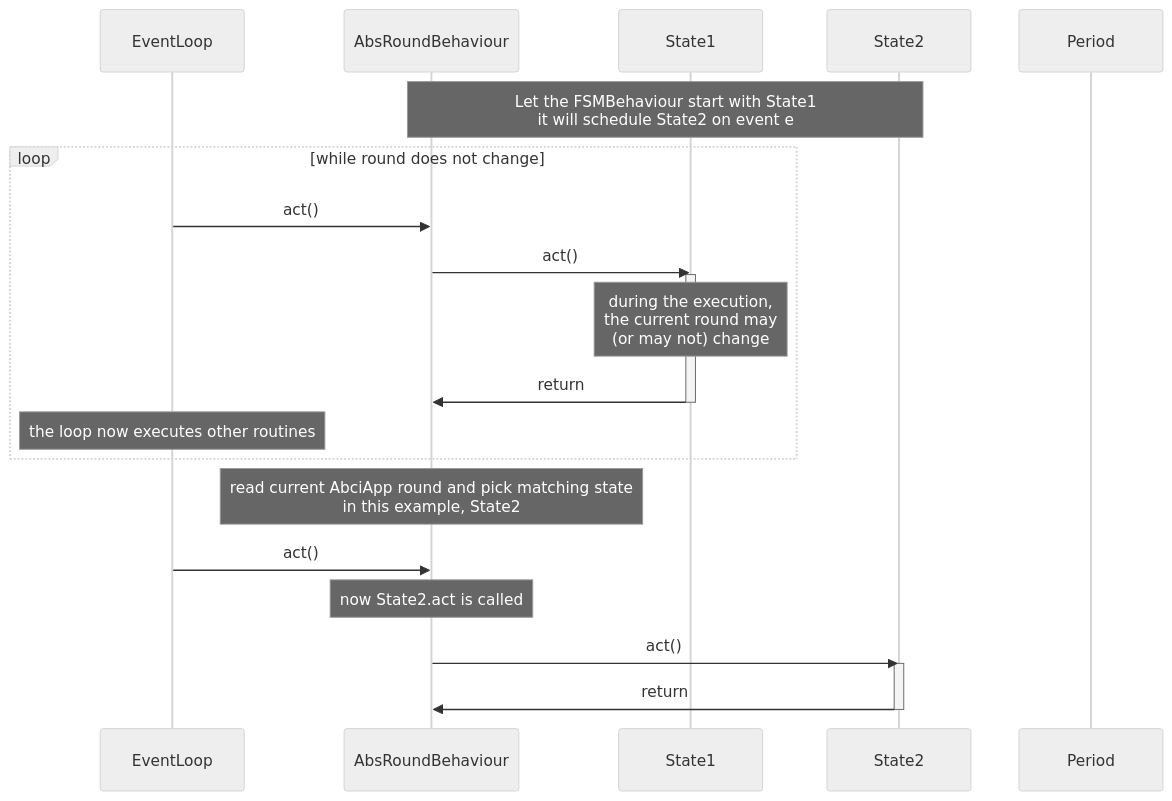
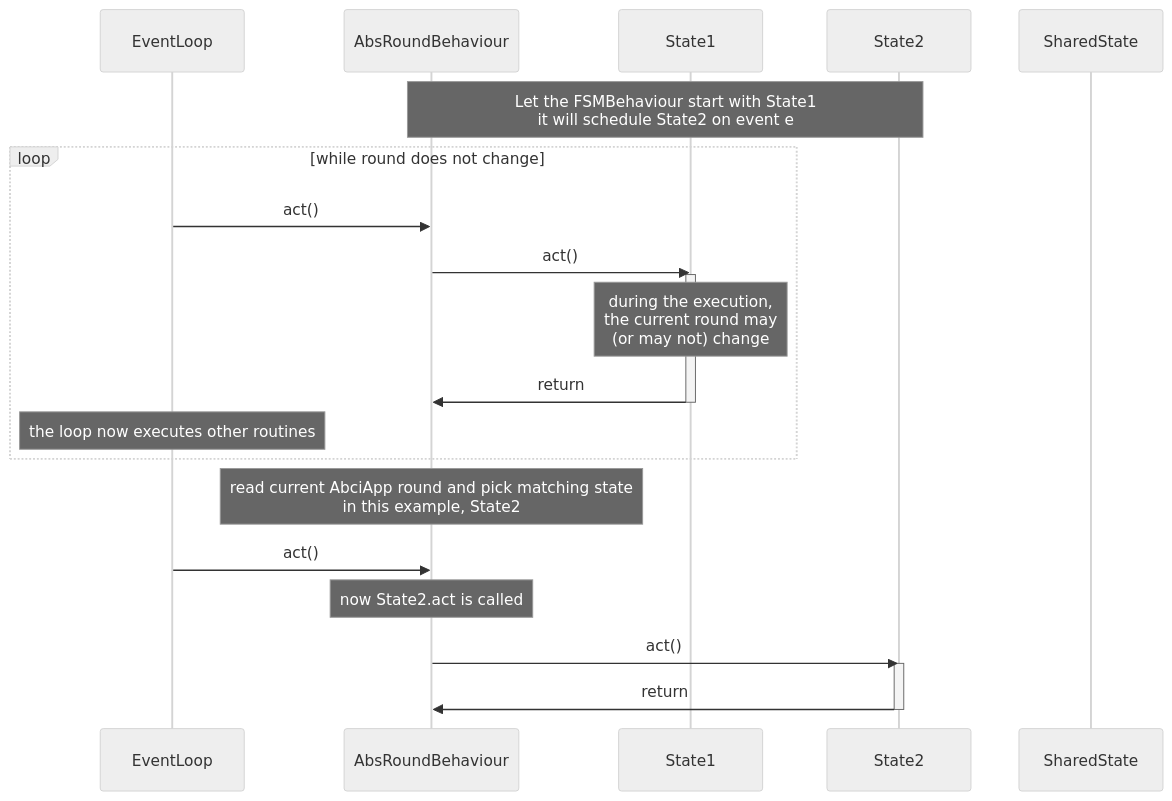
One commit to valory-xyz/open-autonomy changed the first of 3 diagrams in docs/abci_app_interactions.md. Above: the diagram before and after it, drawn with Mermaid (neutral theme). The commit also changed other lines of this file and 5 other files, not shown here.

```diff
--- a/docs/abci_app_interactions.md
+++ b/docs/abci_app_interactions.md
@@ -51,25 +51,25 @@
 <div class="mermaid">
     sequenceDiagram
         participant EventLoop
         participant AbsRoundBehaviour
         participant State1
         participant State2
-        participant Period
+        participant SharedState
         note over AbsRoundBehaviour,State2: Let the FSMBehaviour start with State1<br/>it will schedule State2 on event e
         loop while round does not change
           EventLoop->>AbsRoundBehaviour: act()
           AbsRoundBehaviour->>State1: act()
           activate State1
           note over State1: during the execution, <br/> the current round may<br/>(or may not) change
           State1->>AbsRoundBehaviour: return
           deactivate State1
           note over EventLoop: the loop now executes other routines
         end
         note over AbsRoundBehaviour: read current AbciApp round and pick matching state<br/>in this example, State2
         EventLoop->>AbsRoundBehaviour: act()
         note over AbsRoundBehaviour: now State2.act is called
         AbsRoundBehaviour->>State2: act()
         activate State2
         State2->>AbsRoundBehaviour: return
         deactivate State2
 </div>
```
